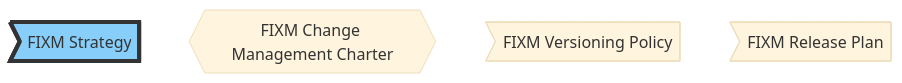
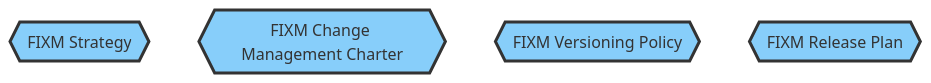
One commit to hlepori/test_docsify changed the diagram in docs/home.md. Above: the diagram before and after it, drawn with Mermaid (base theme).

````diff
--- a/docs/home.md
+++ b/docs/home.md
@@ -9,11 +9,14 @@
 ```mermaid
 graph TD
-STRATEGY>FIXM Strategy]
+STRATEGY{{FIXM Strategy}}
 CHARTER{{FIXM Change Management Charter}}
-VERSIONING>FIXM Versioning Policy]
-RELEASEPLAN>FIXM Release Plan]
+VERSIONING{{FIXM Versioning Policy}}
+RELEASEPLAN{{FIXM Release Plan}}
 
-style STRATEGY fill:#87CEFA,stroke:#333,stroke-width:4px
+style STRATEGY fill:#87CEFA,stroke:#333,stroke-width:3px
+style CHARTER fill:#87CEFA,stroke:#333,stroke-width:3px
+style VERSIONING fill:#87CEFA,stroke:#333,stroke-width:3px
+style RELEASEPLAN fill:#87CEFA,stroke:#333,stroke-width:3px
 
 click STRATEGY "https://ost.eurocontrol.int/sites/FIXM/Lists/Bug%20reports/AllItems.aspx" "Go to the FIXM Strategy" _blank
 ```
````
